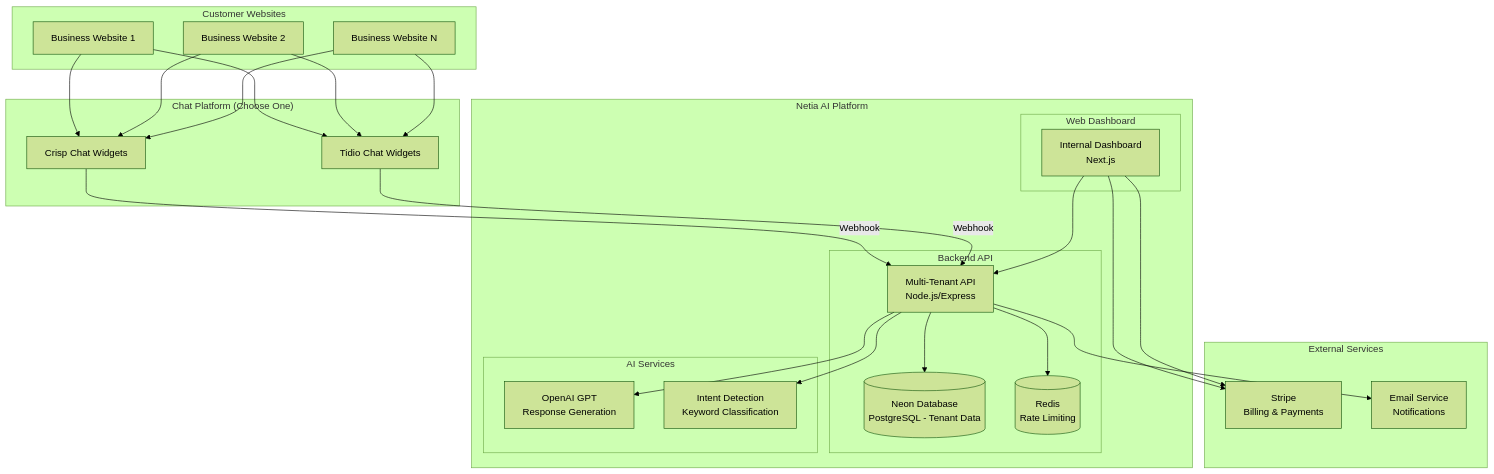
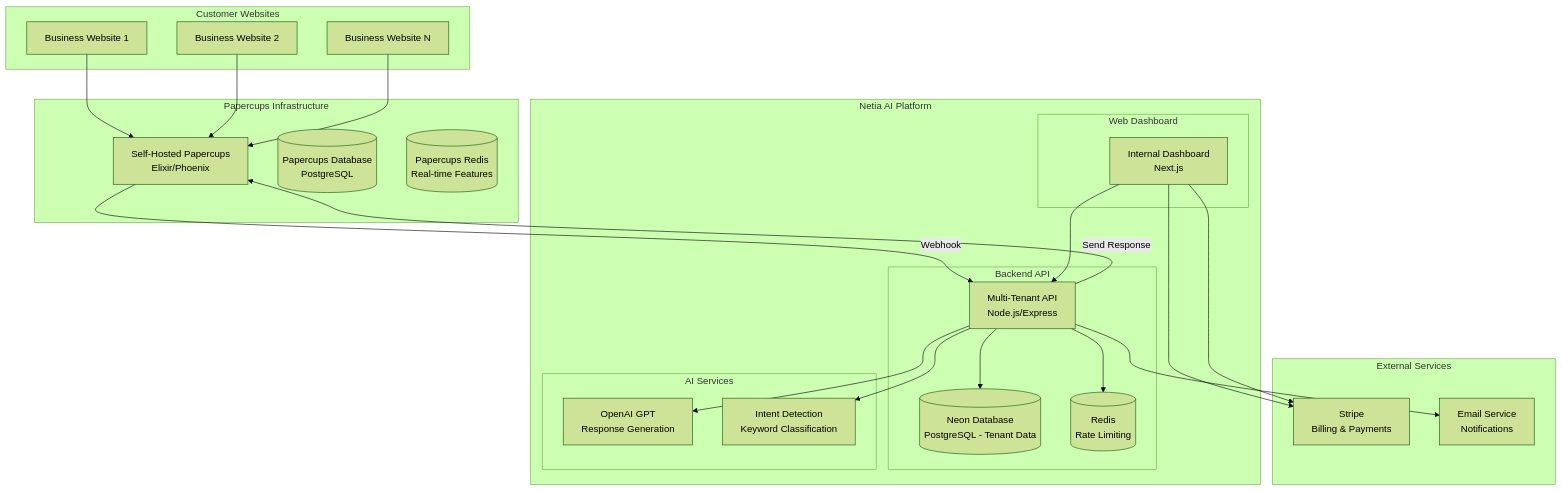
Before and after one commit to cabecaturbo/Ai-Chatbot-v1: the first of 2 diagrams in docs/system-architecture.md, drawn with Mermaid (forest theme). The commit also changed other lines of this file and 23 other files, not shown here.

````diff
--- a/docs/system-architecture.md
+++ b/docs/system-architecture.md
@@ -9,61 +9,59 @@
 ```mermaid
 graph TB
     subgraph "Customer Websites"
         Website1[Business Website 1]
         Website2[Business Website 2]
         WebsiteN[Business Website N]
     end
     
-    subgraph "Chat Platform (Choose One)"
-        Crisp[Crisp Chat Widgets]
-        Tidio[Tidio Chat Widgets]
+    subgraph "Papercups Infrastructure"
+        Papercups[Self-Hosted Papercups<br/>Elixir/Phoenix]
+        PapercupsDB[(Papercups Database<br/>PostgreSQL)]
+        PapercupsRedis[(Papercups Redis<br/>Real-time Features)]
     end
     
     subgraph "Netia AI Platform"
         subgraph "Backend API"
             API[Multi-Tenant API<br/>Node.js/Express]
             DB[(Neon Database<br/>PostgreSQL - Tenant Data)]
             Redis[(Redis<br/>Rate Limiting)]
         end
         
         subgraph "Web Dashboard"
             Web[Internal Dashboard<br/>Next.js]
         end
         
         subgraph "AI Services"
             OpenAI[OpenAI GPT<br/>Response Generation]
             Intent[Intent Detection<br/>Keyword Classification]
         end
     end
     
     subgraph "External Services"
         Stripe[Stripe<br/>Billing & Payments]
         Email[Email Service<br/>Notifications]
     end
     
     %% Customer website interactions
-    Website1 --> Crisp
-    Website1 --> Tidio
-    Website2 --> Crisp
-    Website2 --> Tidio
-    WebsiteN --> Crisp
-    WebsiteN --> Tidio
+    Website1 --> Papercups
+    Website2 --> Papercups
+    WebsiteN --> Papercups
     
-    %% Chat platform to API
-    Crisp -->|Webhook| API
-    Tidio -->|Webhook| API
+    %% Papercups to API
+    Papercups -->|Webhook| API
     
     %% API internal connections
     API --> DB
     API --> Redis
     API --> OpenAI
     API --> Intent
     
     %% Web dashboard connections
     Web --> API
     Web --> Stripe
     
     %% External service connections
     API --> Email
+    API -->|Send Response| Papercups
     Web --> Stripe
 ```
````
